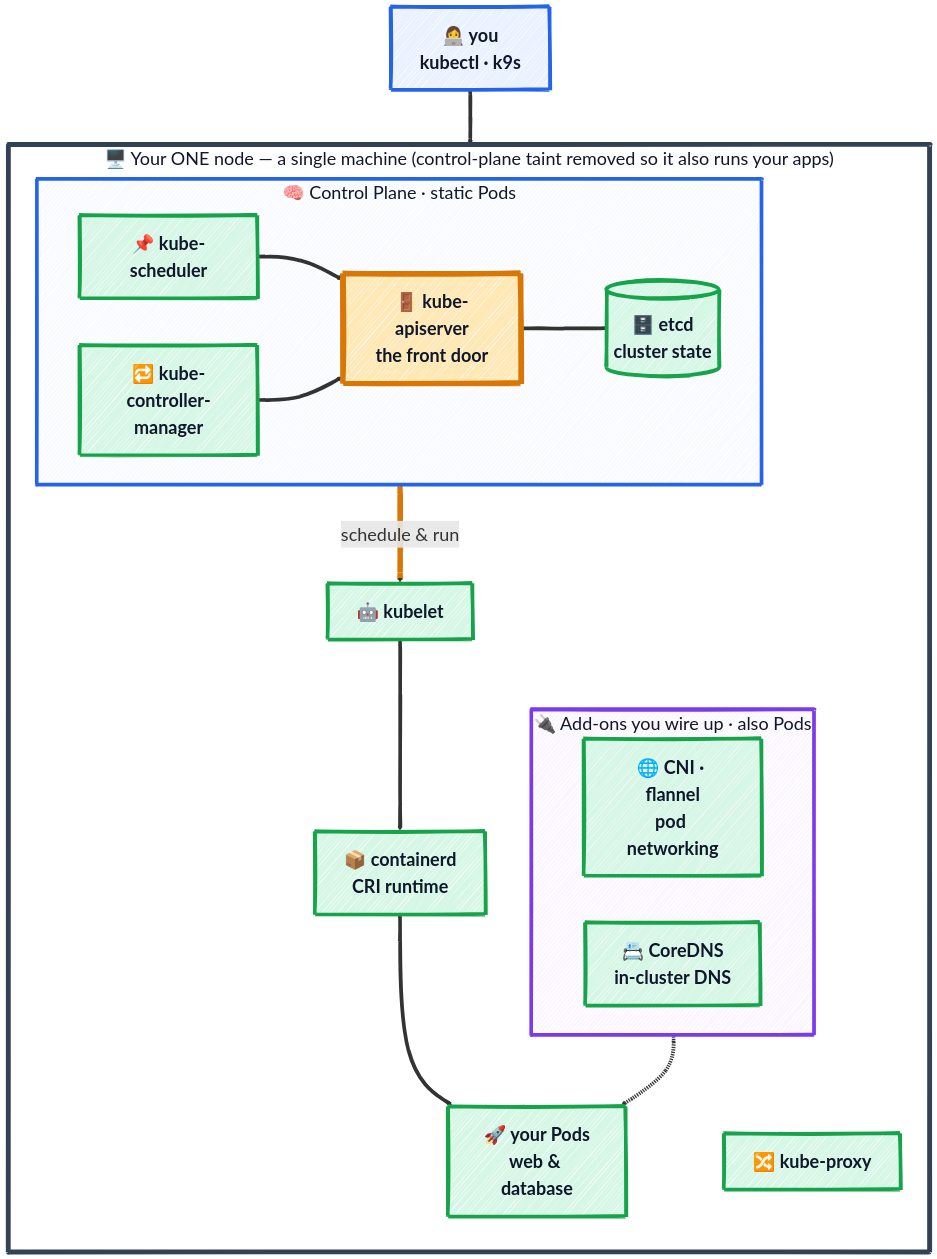
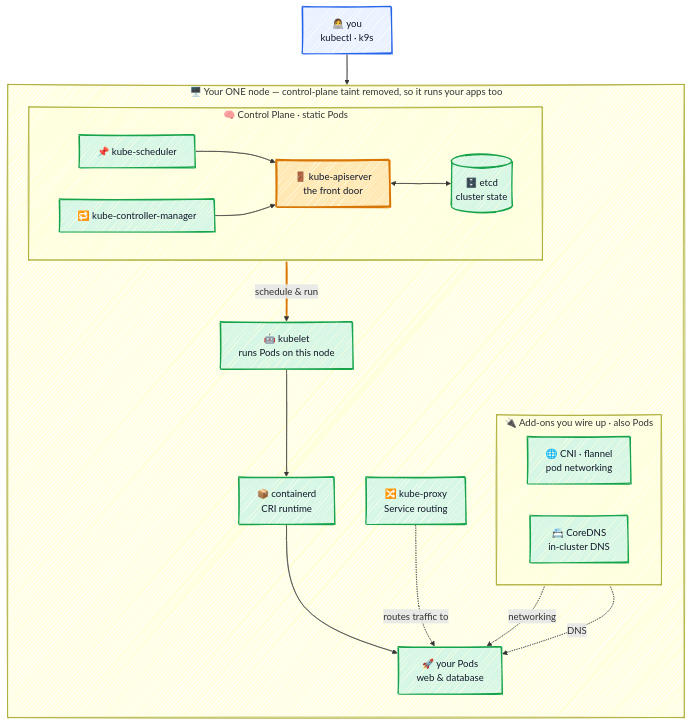
Before and after one commit to r97221004/k8s-tutorial: the diagram in README.md, drawn with Mermaid.

Commit message:
docs: redraw architecture diagram with clearer wiring
AS IS: the diagram leaned on heavy poster styling (oversized font, thick
borders) but its edges didn't show how components actually relate — what
each one does for a Pod was implicit.

TO BE: rewire the graph so the relationships read at a glance — scheduler/
controller-manager to apiserver, apiserver to etcd, kubelet to containerd
to Pods, and labeled dashed edges for CNI networking, CoreDNS, and
kube-proxy routing into the Pods. Drop the heavy styling for a lighter,
cleaner default look.

TASK # N/A

````diff
--- a/README.md
+++ b/README.md
@@ -28,56 +28,49 @@
 ```mermaid
 ---
 config:
   look: handDrawn
   theme: default
   themeVariables:
     fontFamily: '"Comic Sans MS", "Comic Sans", "Segoe Print", "Bradley Hand", cursive'
-    fontSize: '30px'
-  flowchart:
-    nodeSpacing: 75
-    rankSpacing: 90
-    padding: 24
 ---
 flowchart TB
-    you["👩‍💻 you<br/>kubectl · k9s"] --> api
+    you["👩‍💻 you<br/>kubectl · k9s"]
 
-    subgraph host["🖥️ Your ONE node — a single machine (control-plane taint removed so it also runs your apps)"]
+    subgraph host["🖥️ Your ONE node — control-plane taint removed, so it runs your apps too"]
         direction TB
+
         subgraph cp["🧠 Control Plane · static Pods"]
             direction LR
-            api["🚪 kube-apiserver<br/>the front door"]
-            etcd[("🗄️ etcd<br/>cluster state")]
-            sched["📌 kube-scheduler"]
-            kcm["🔁 kube-controller-manager"]
-            api --- etcd
-            sched --> api
-            kcm --> api
+            sched["📌 kube-scheduler"] --> api
+            kcm["🔁 kube-controller-manager"] --> api
+            api["🚪 kube-apiserver<br/>the front door"] <--> etcd[("🗄️ etcd<br/>cluster state")]
         end
 
-        kubelet["🤖 kubelet"] --> cri["📦 containerd<br/>CRI runtime"]
-        proxy["🔀 kube-proxy"]
-        cri --> pods["🚀 your Pods<br/>web &amp; database"]
+        kubelet["🤖 kubelet<br/>runs Pods on this node"]
+        cri["📦 containerd<br/>CRI runtime"]
+        proxy["🔀 kube-proxy<br/>Service routing"]
+        pods["🚀 your Pods<br/>web &amp; database"]
 
         subgraph addons["🔌 Add-ons you wire up · also Pods"]
+            direction LR
             cni["🌐 CNI · flannel<br/>pod networking"]
             dns["📇 CoreDNS<br/>in-cluster DNS"]
         end
-        addons -.-> pods
+
+        kubelet --> cri --> pods
+        cni -. networking .-> pods
+        dns -. DNS .-> pods
+        proxy -. routes traffic to .-> pods
     end
 
+    you --> api
     api ==>|"schedule &amp; run"| kubelet
 
-    classDef ctrl fill:#EAF2FF,stroke:#2563EB,stroke-width:6px,color:#0F172A,font-weight:bold;
-    classDef eng fill:#FFE8B3,stroke:#D97706,stroke-width:9px,color:#0F172A,font-weight:bold;
-    classDef tgt fill:#D7F7E6,stroke:#16A34A,stroke-width:6px,color:#0F172A,font-weight:bold;
+    classDef ctrl fill:#EAF2FF,stroke:#2563EB,stroke-width:2px,color:#0F172A;
+    classDef eng fill:#FFE8B3,stroke:#D97706,stroke-width:3px,color:#0F172A;
+    classDef tgt fill:#D7F7E6,stroke:#16A34A,stroke-width:2px,color:#0F172A;
     class you ctrl;
     class api eng;
     class etcd,sched,kcm,kubelet,proxy,cri,pods,cni,dns tgt;
-
-    style host fill:#FFFFFF,stroke:#334155,stroke-width:8px,color:#0F172A;
-    style cp fill:#F8FAFF,stroke:#2563EB,stroke-width:6px,color:#0F172A;
-    style addons fill:#FAF5FF,stroke:#7C3AED,stroke-width:6px,color:#0F172A;
-
-    linkStyle default stroke-width:6px;
-    linkStyle 7 stroke:#D97706,stroke-width:9px;
+    linkStyle 9 stroke:#D97706,stroke-width:3px;
 ```
````
